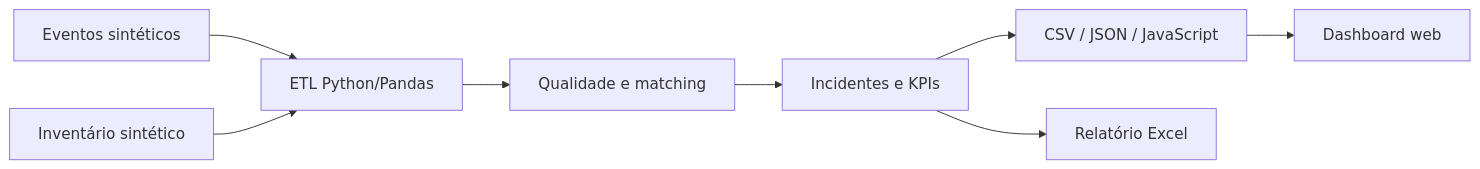
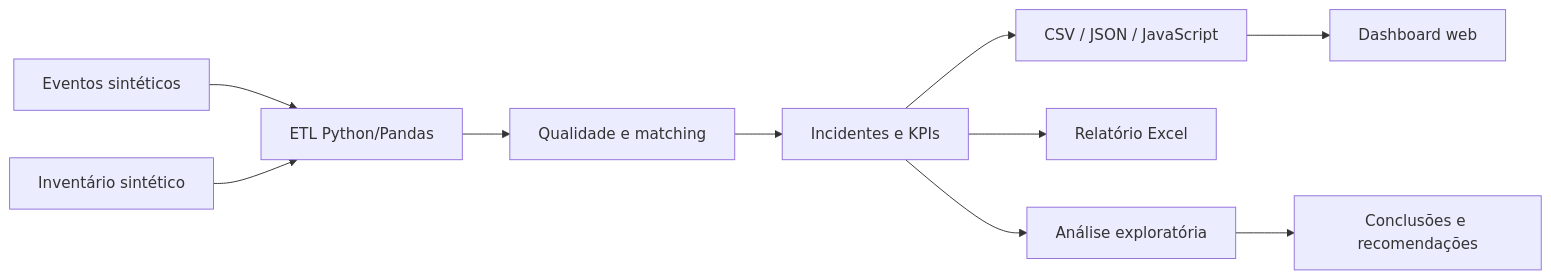
Before and after one commit to CelsoKaiqueSil/coreops-noc-dashboard: the diagram in README.md, drawn with Mermaid. The commit also changed other lines of this file and 19 other files, not shown here.

````diff
--- a/README.md
+++ b/README.md
@@ -35,10 +59,12 @@
 ```mermaid
 flowchart LR
     A["Eventos sintéticos"] --> C["ETL Python/Pandas"]
     B["Inventário sintético"] --> C
     C --> D["Qualidade e matching"]
     D --> E["Incidentes e KPIs"]
     E --> F["CSV / JSON / JavaScript"]
     E --> G["Relatório Excel"]
+    E --> I["Análise exploratória"]
+    I --> J["Conclusões e recomendações"]
     F --> H["Dashboard web"]
 ```
````
